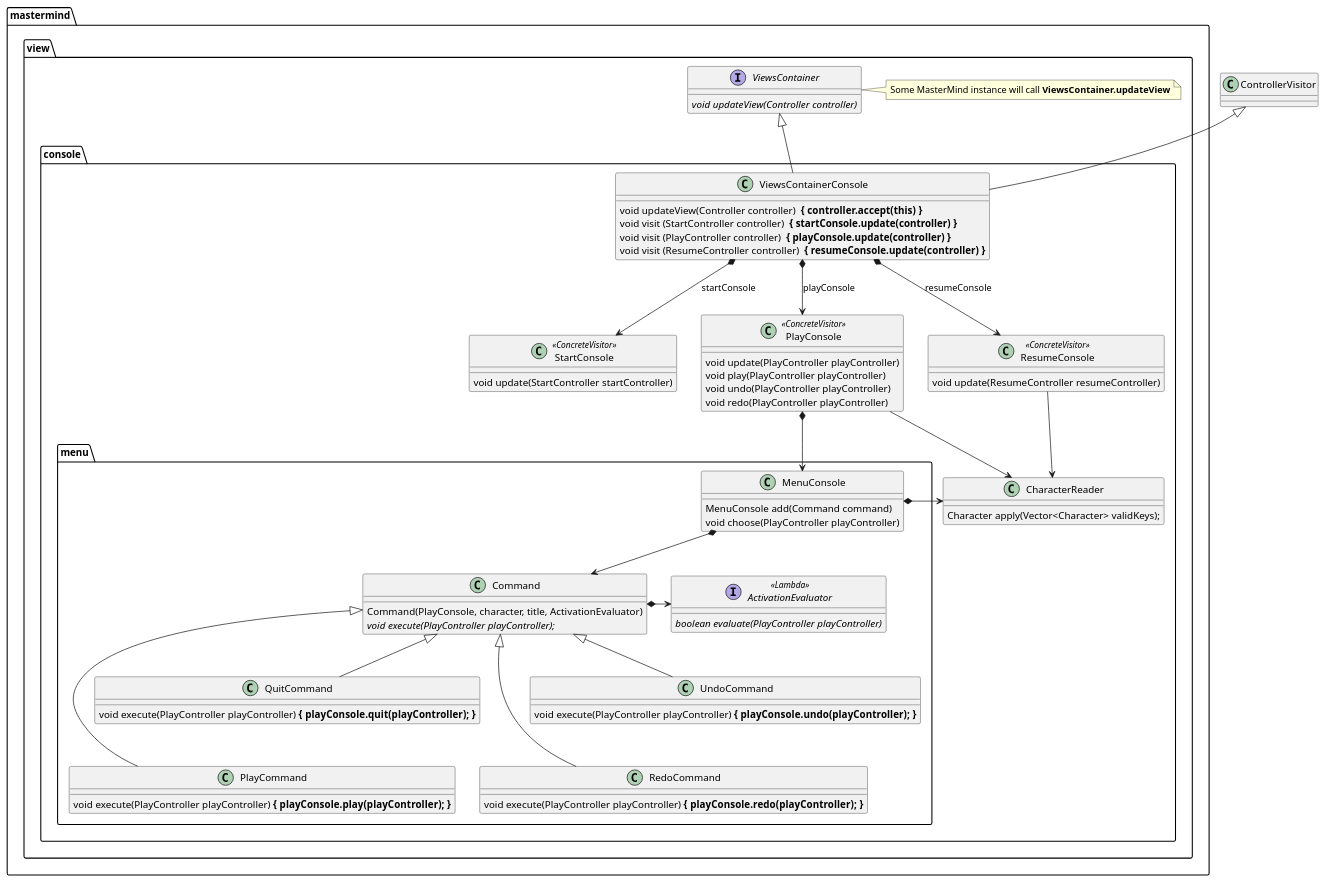
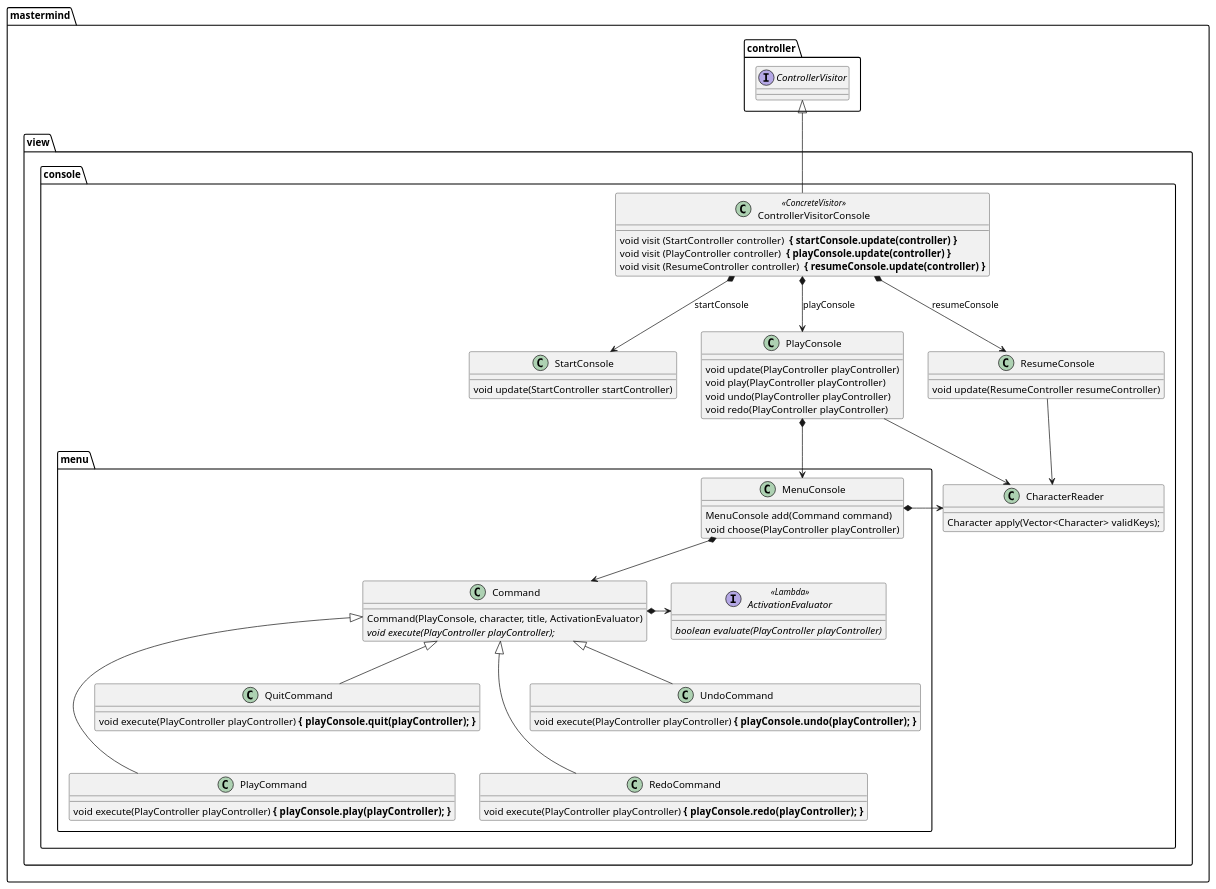
One commit to ciscoruiz/mastermind changed the diagram in doc/mastermind.view.menu.puml. Above: the diagram before and after it, drawn with PlantUML. The commit also changed 5 other files, not shown here.

Commit message:
Redesign diagrams with views.ViewsContoller

```diff
--- a/doc/mastermind.view.menu.puml
+++ b/doc/mastermind.view.menu.puml
@@ -1,89 +1,84 @@
 @startuml
 
-package mastermind.view {
-interface ViewsContainer {
-   {abstract} void updateView(Controller controller)
-}
-note right: Some MasterMind instance will call <b>ViewsContainer.updateView</b>
+package mastermind.controller {
+   interface ControllerVisitor
 }
 
 package mastermind.view.console {
    class CharacterReader {
        Character apply(Vector<Character> validKeys);
    }
 
-   class ViewsContainerConsole {
-       void updateView(Controller controller) <b> { controller.accept(this) }</b>
+   class ControllerVisitorConsole <<ConcreteVisitor>> {
        void visit (StartController controller) <b> { startConsole.update(controller) }</b>
        void visit (PlayController controller) <b> { playConsole.update(controller) }</b>
        void visit (ResumeController controller) <b> { resumeConsole.update(controller) }</b>
    }
 
-   class StartConsole <<ConcreteVisitor>> {
+   class StartConsole  {
        void update(StartController startController)
    }
-   class PlayConsole <<ConcreteVisitor>> {
+   class PlayConsole {
        void update(PlayController playController)
        void play(PlayController playController)
        void undo(PlayController playController)
        void redo(PlayController playController)
    }
-   class ResumeConsole <<ConcreteVisitor>> {
+   class ResumeConsole {
        void update(ResumeController resumeController)
    }
 
    namespace mastermind.view.console.menu {
       interface ActivationEvaluator <<Lambda>>{
          {abstract} boolean evaluate(PlayController playController)
       }
 
       class MenuConsole {
          MenuConsole add(Command command)
          void choose(PlayController playController)
       }
       class Command {
          Command(PlayConsole, character, title, ActivationEvaluator)
          {abstract} void execute(PlayController playController);
       }
 
       MenuConsole *--> Command
 
       Command *-right-> ActivationEvaluator
       Command <|--- PlayCommand
       Command <|-- QuitCommand
       Command <|--- RedoCommand
       Command <|-- UndoCommand
 
       class PlayCommand {
          void execute(PlayController playController) <b>{ playConsole.play(playController);  }</b>
       }
 
       class QuitCommand {
          void execute(PlayController playController) <b>{ playConsole.quit(playController);  }</b>
       }
 
       class RedoCommand {
          void execute(PlayController playController) <b>{ playConsole.redo(playController);  }</b>
       }
 
       class UndoCommand {
          void execute(PlayController playController) <b>{ playConsole.undo(playController);  }</b>
       }
    }
 
    mastermind.view.console.menu.MenuConsole *-left-> CharacterReader
 
    PlayConsole *--> mastermind.view.console.menu.MenuConsole
 }
 
-ViewsContainer <|-- ViewsContainerConsole
-ControllerVisitor <|-- ViewsContainerConsole
+ControllerVisitor <|-- ControllerVisitorConsole
 
-ViewsContainerConsole *--> StartConsole : startConsole
-ViewsContainerConsole *--> PlayConsole : playConsole
-ViewsContainerConsole *--> ResumeConsole : resumeConsole
+ControllerVisitorConsole *--> StartConsole : startConsole
+ControllerVisitorConsole *--> PlayConsole : playConsole
+ControllerVisitorConsole *--> ResumeConsole : resumeConsole
 
 PlayConsole --> CharacterReader
 ResumeConsole --> CharacterReader
 
 @enduml
```
